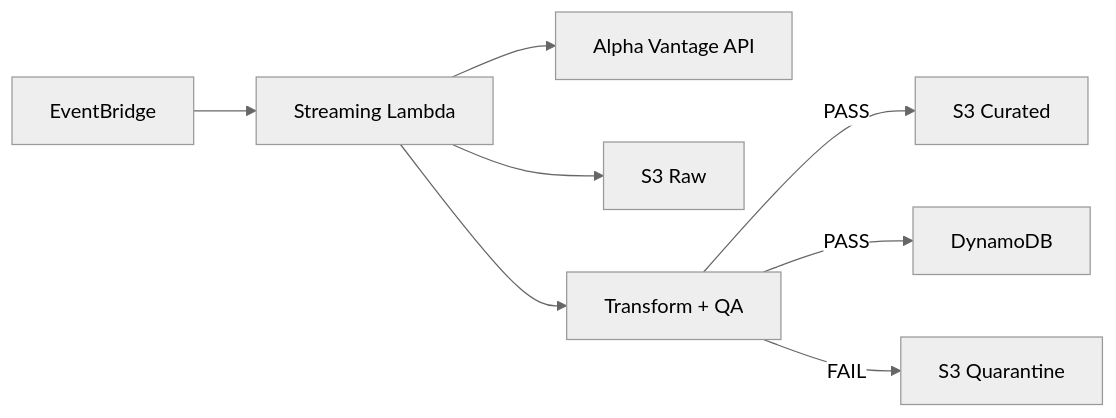
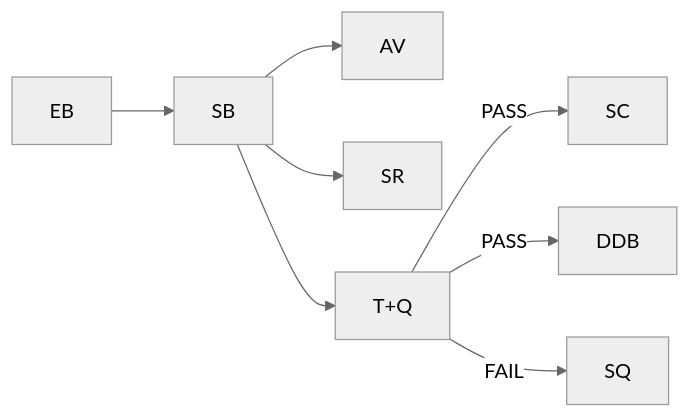
Before and after one commit to hsjoi0214/market-data-platform: the first of 2 diagrams in README.md, drawn with Mermaid (neutral theme). The commit also changed other lines of this file, not shown here.

Commit message:
docs(readme): use shorthand labels in pipeline diagrams

````diff
--- a/README.md
+++ b/README.md
@@ -61,10 +61,10 @@
 ```mermaid
 flowchart LR
-    A["EventBridge"] --> B["Streaming Lambda"]
-    B --> C["Alpha Vantage API"]
-    B --> D["S3 Raw"]
-    B --> E["Transform + QA"]
-    E -->|PASS| F["S3 Curated"]
-    E -->|PASS| G["DynamoDB"]
-    E -->|FAIL| H["S3 Quarantine"]
+    A["EB"] --> B["SB"]
+    B --> C["AV"]
+    B --> D["SR"]
+    B --> E["T+Q"]
+    E -->|PASS| F["SC"]
+    E -->|PASS| G["DDB"]
+    E -->|FAIL| H["SQ"]
 ```
````
